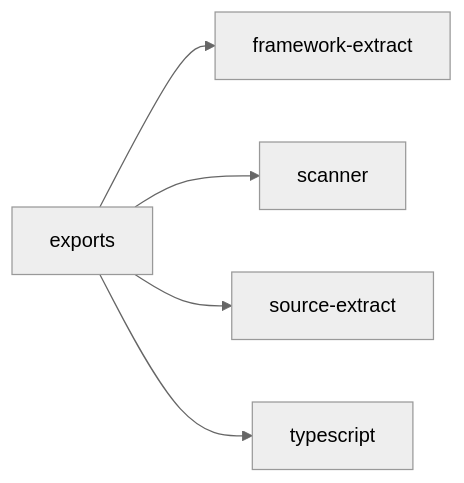
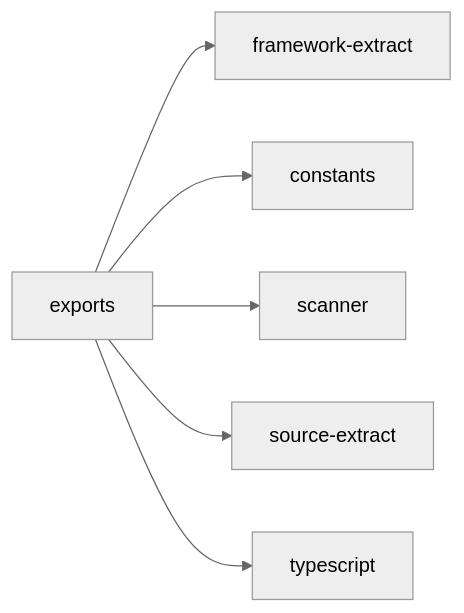
Before and after one commit to hellhellpnick/context-graph: the diagram in .cursor/rules/ctxgraph--src-graph-builder-extract-exports.mdc, drawn with Mermaid (neutral theme). The commit also changed other lines of this file and 200 other files, not shown here.

````diff
--- a/.cursor/rules/ctxgraph--src-graph-builder-extract-exports.mdc
+++ b/.cursor/rules/ctxgraph--src-graph-builder-extract-exports.mdc
@@ -14,8 +14,9 @@
 ```mermaid
 graph LR
   exports[exports]
   exports --> framework_extract[framework-extract]
+  exports --> constants[constants]
   exports --> scanner[scanner]
   exports --> source_extract[source-extract]
   exports --> typescript["typescript"]
 ```
````
